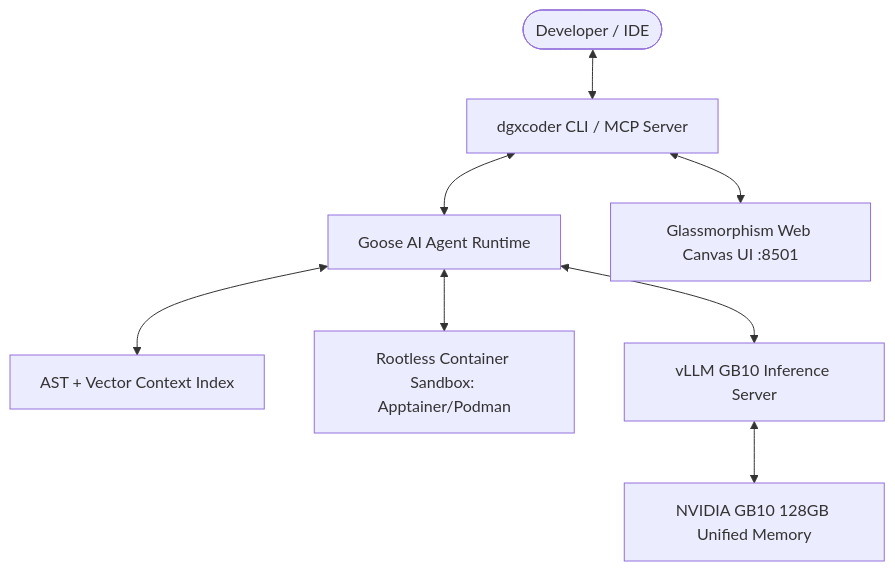
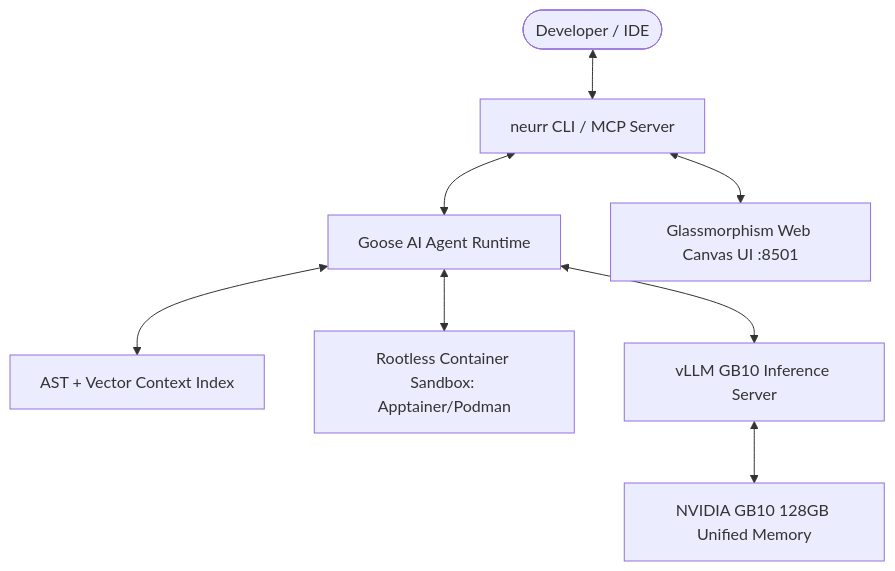
The diagram in README.md (dreamference/mightling), drawn with Mermaid before and after one commit. The commit also changed other lines of this file and 79 other files, not shown here.

````diff
--- a/README.md
+++ b/README.md
@@ -146,10 +146,10 @@
 ```mermaid
 flowchart TD
-    User([Developer / IDE]) <--> CLI[dgxcoder CLI / MCP Server]
+    User([Developer / IDE]) <--> CLI[neurr CLI / MCP Server]
     CLI <--> Goose[Goose AI Agent Runtime]
     Goose <--> ContextEngine[AST + Vector Context Index]
     Goose <--> Sandbox[Rootless Container Sandbox: Apptainer/Podman]
     Goose <--> vLLM[vLLM GB10 Inference Server]
     vLLM <--> GB10[NVIDIA GB10 128GB Unified Memory]
     CLI <--> WebUI[Glassmorphism Web Canvas UI :8501]
 ```
````
